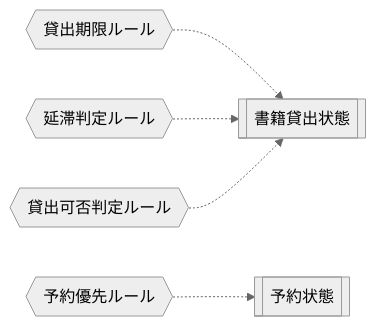
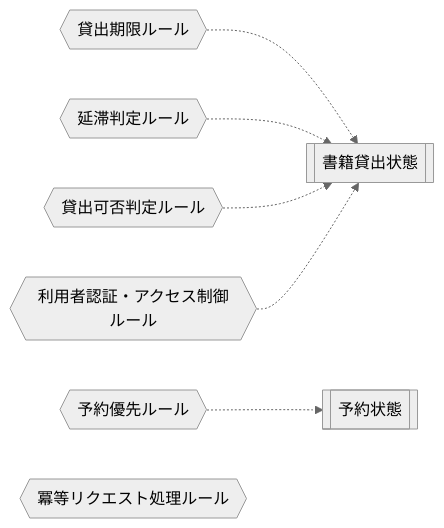
One commit to suwa-sh/suwa-sh-claude-plugins changed the diagram in samples/distillery/pipeline/rdra/latest/views/07_条件・バリエーション.md. Above: the diagram before and after it, drawn with Mermaid (neutral theme). The commit also changed other lines of this file and 54 other files, not shown here.

````diff
--- a/samples/distillery/pipeline/rdra/latest/views/07_条件・バリエーション.md
+++ b/samples/distillery/pipeline/rdra/latest/views/07_条件・バリエーション.md
@@ -9,13 +9,16 @@
 ```mermaid
 graph LR
   CD1{{"貸出期限ルール"}}
   SM1[["書籍貸出状態"]]
   CD2{{"延滞判定ルール"}}
   CD3{{"予約優先ルール"}}
   SM2[["予約状態"]]
   CD4{{"貸出可否判定ルール"}}
+  CD5{{"利用者認証・アクセス制御ルール"}}
+  CD6{{"冪等リクエスト処理ルール"}}
   CD1 -.-> SM1
   CD2 -.-> SM1
   CD3 -.-> SM2
   CD4 -.-> SM1
+  CD5 -.-> SM1
 ```
````
